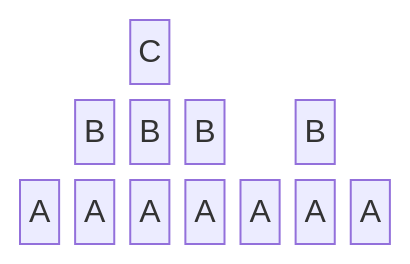
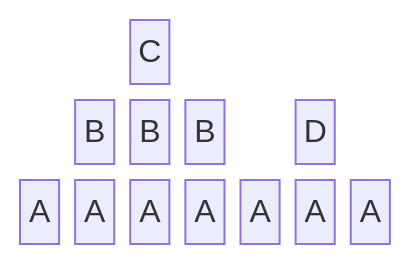
One commit to limi-projects/Tech_No_Babble changed the diagram in docs/computing/python/stack.md. Above: the diagram before and after it, drawn with Mermaid.

````diff
--- a/docs/computing/python/stack.md
+++ b/docs/computing/python/stack.md
@@ -32,7 +32,7 @@
 ```mermaid
 block-beta
   columns 7
   space space L["C"] space space space space 
-  space H["B"] I["B"] J["B"] space K["B"] space 
+  space H["B"] I["B"] J["B"] space K["D"] space 
   A["A"] B["A"] C["A"] D["A"] E["A"] F["A"] G["A"]
 ```
````
